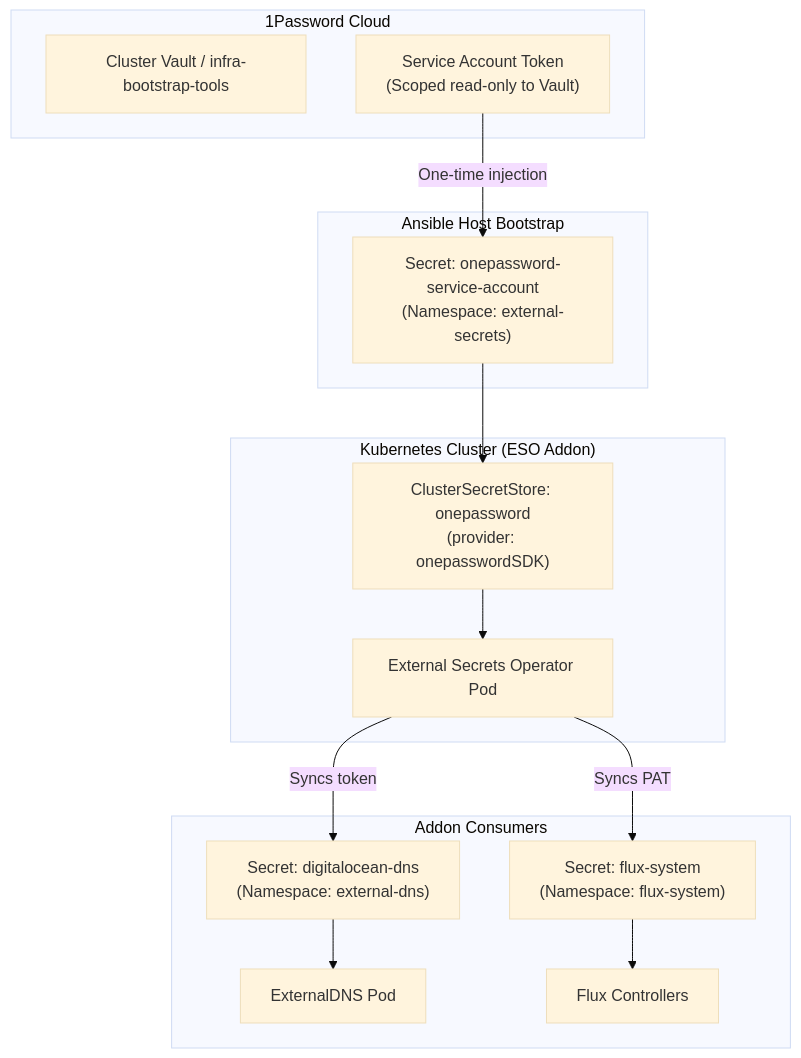
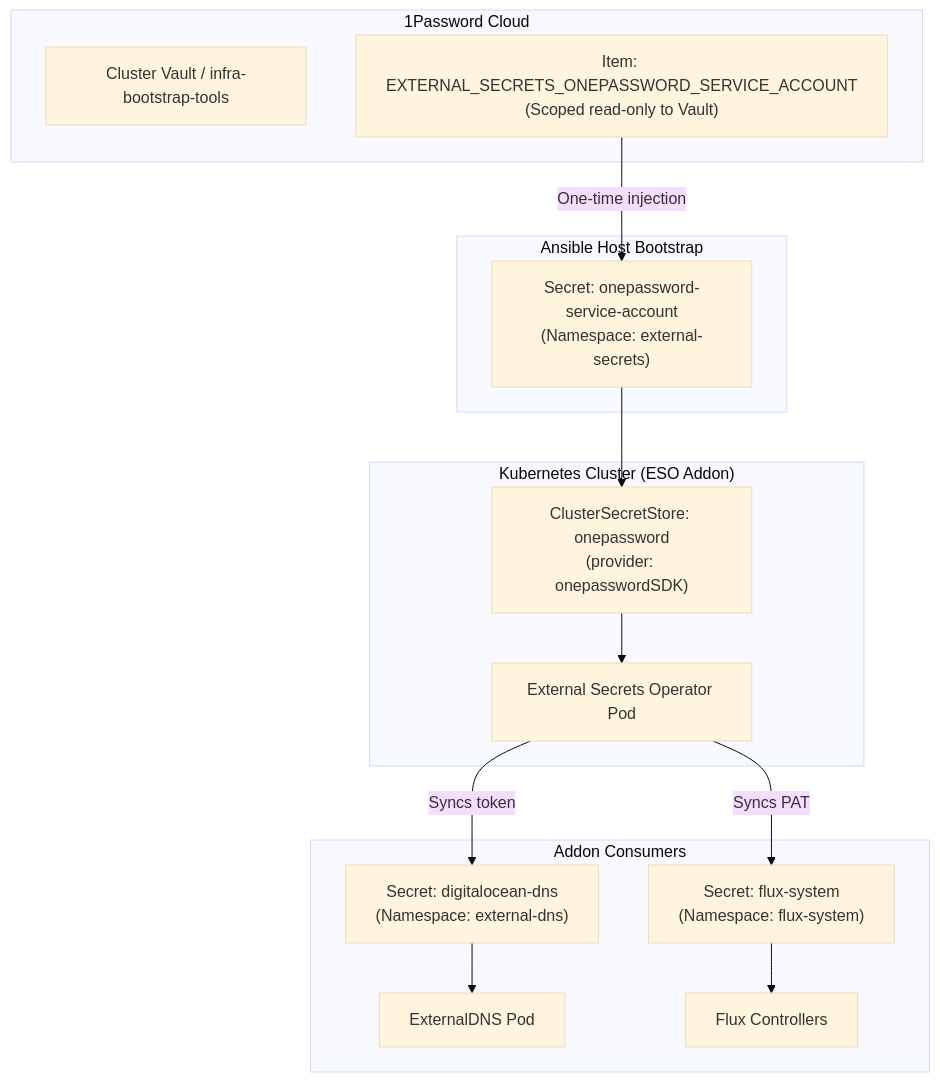
The diagram in docs/1-projects/dark-k3s-stack/secret-management-eso.md (xNok/infra-bootstrap-tools), drawn with Mermaid (base theme) before and after one commit. The commit also changed other lines of this file and 10 other files, not shown here.

````diff
--- a/docs/1-projects/dark-k3s-stack/secret-management-eso.md
+++ b/docs/1-projects/dark-k3s-stack/secret-management-eso.md
@@ -52,26 +52,26 @@
 ```mermaid
 graph TD
     subgraph 1P ["1Password Cloud"]
         Vault["Cluster Vault / infra-bootstrap-tools"]
-        SAToken["Service Account Token\n(Scoped read-only to Vault)"]
+        SAToken["Item: EXTERNAL_SECRETS_ONEPASSWORD_SERVICE_ACCOUNT\n(Scoped read-only to Vault)"]
     end
 
     subgraph Ansible ["Ansible Host Bootstrap"]
         SAToken -->|One-time injection| ESOSecret["Secret: onepassword-service-account\n(Namespace: external-secrets)"]
     end
 
     subgraph ESOCluster ["Kubernetes Cluster (ESO Addon)"]
         ESO["External Secrets Operator Pod"]
         CSS["ClusterSecretStore: onepassword\n(provider: onepasswordSDK)"]
         ESOSecret --> CSS
         CSS --> ESO
     end
 
     subgraph Consumers ["Addon Consumers"]
         ESO -->|Syncs token| ExtDNSSecret["Secret: digitalocean-dns\n(Namespace: external-dns)"]
         ExtDNSSecret --> ExtDNS["ExternalDNS Pod"]
         
         ESO -->|Syncs PAT| FluxSecret["Secret: flux-system\n(Namespace: flux-system)"]
         FluxSecret --> Flux["Flux Controllers"]
     end
 ```
````
